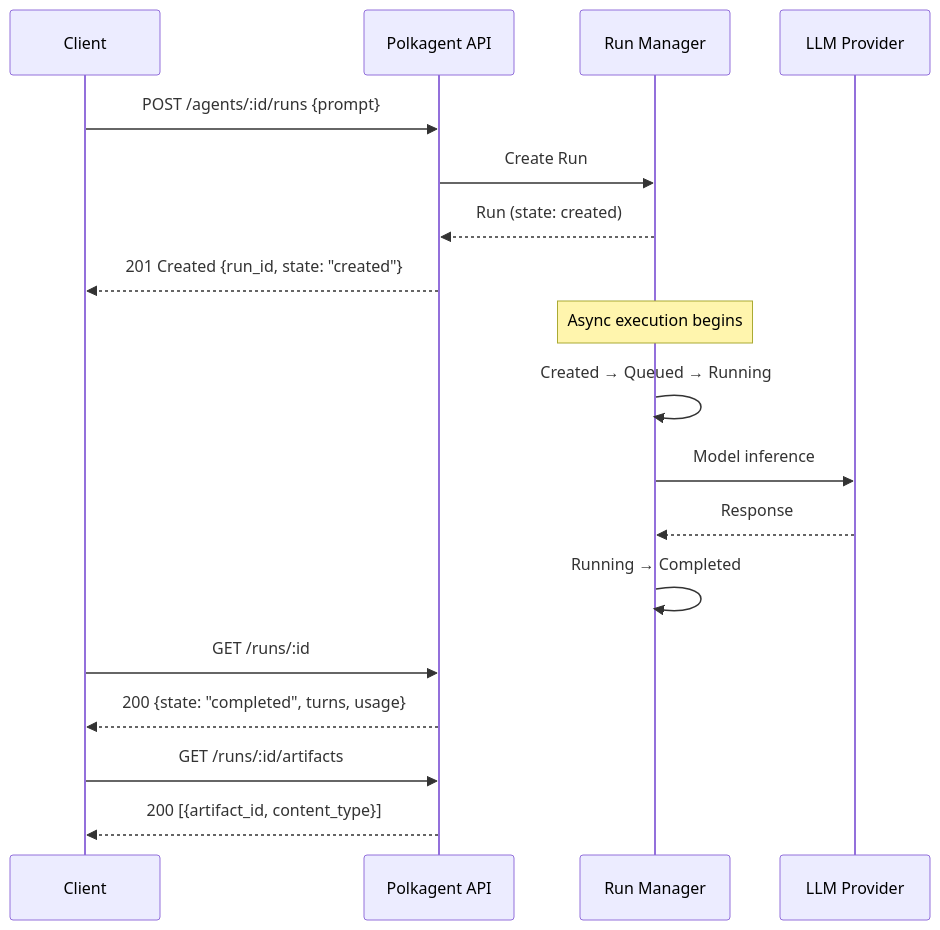
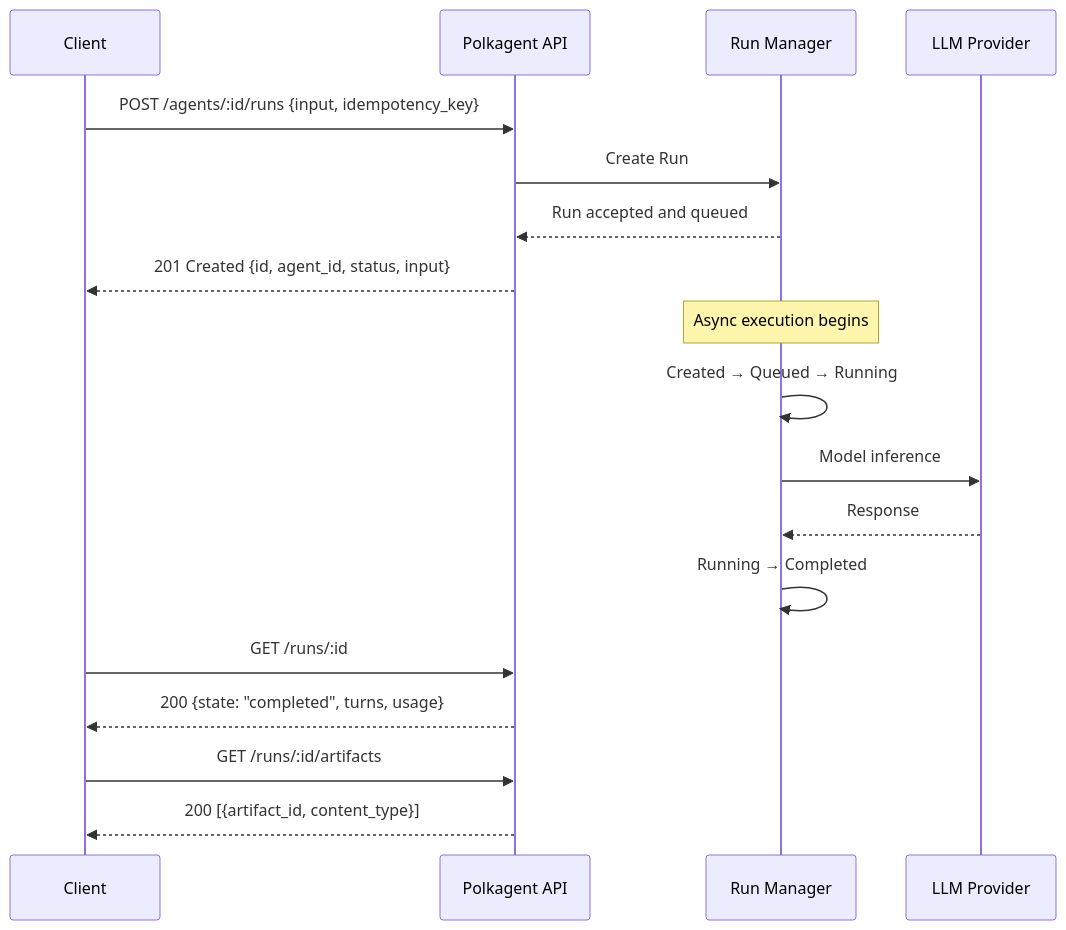
Before and after one commit to wpank/polkagent: the second of 4 diagrams in docs/api.md, drawn with Mermaid. The commit also changed other lines of this file and 18 other files, not shown here.

````diff
--- a/docs/api.md
+++ b/docs/api.md
@@ -76,24 +87,24 @@
 ```mermaid
 sequenceDiagram
     participant C as Client
     participant API as Polkagent API
     participant RM as Run Manager
     participant LLM as LLM Provider
 
-    C->>API: POST /agents/:id/runs {prompt}
+    C->>API: POST /agents/:id/runs {input, idempotency_key}
     API->>RM: Create Run
-    RM-->>API: Run (state: created)
-    API-->>C: 201 Created {run_id, state: "created"}
+    RM-->>API: Run accepted and queued
+    API-->>C: 201 Created {id, agent_id, status, input}
 
     Note over RM: Async execution begins
     RM->>RM: Created → Queued → Running
     RM->>LLM: Model inference
     LLM-->>RM: Response
     RM->>RM: Running → Completed
 
     C->>API: GET /runs/:id
     API-->>C: 200 {state: "completed", turns, usage}
 
     C->>API: GET /runs/:id/artifacts
     API-->>C: 200 [{artifact_id, content_type}]
 ```
````
